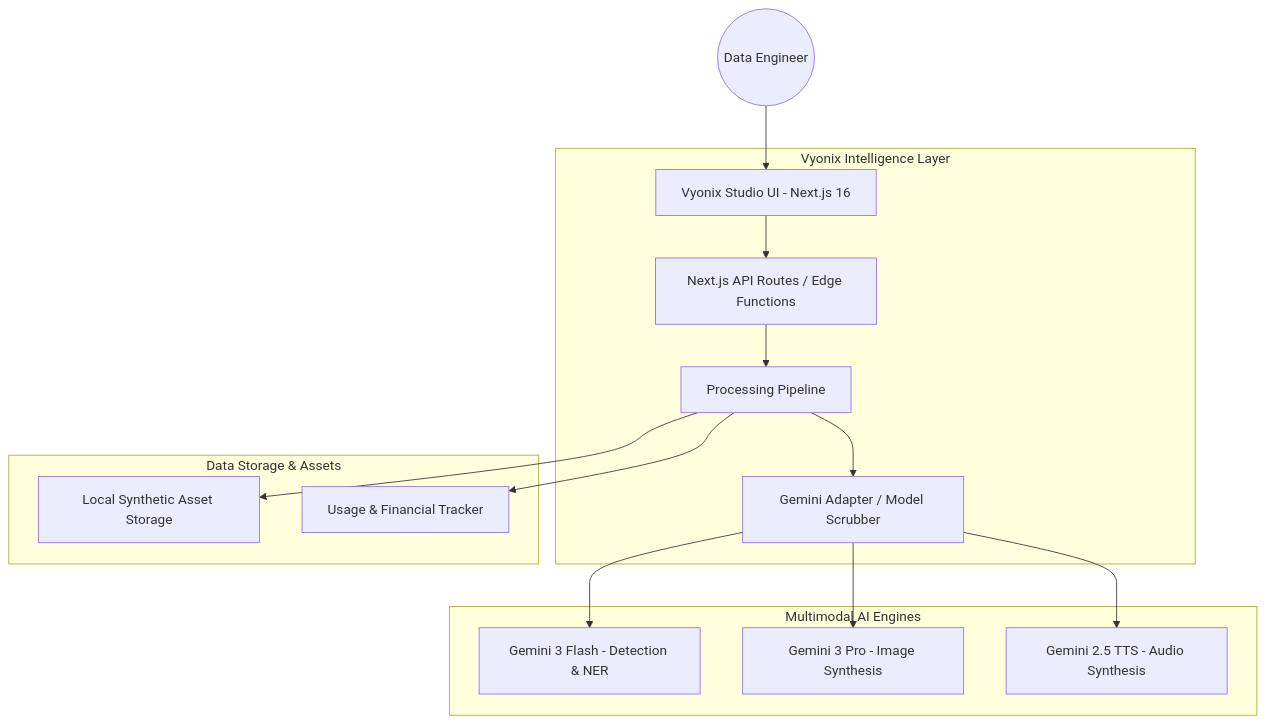
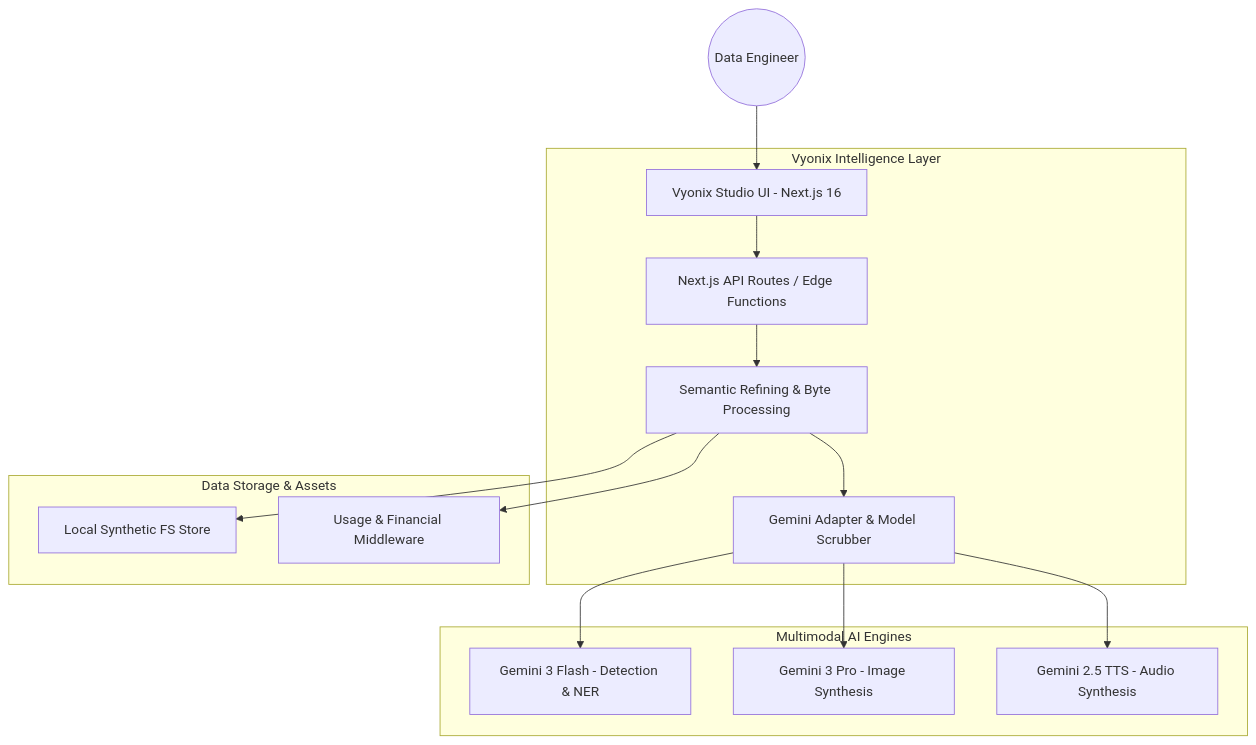
The diagram in ARCHITECTURE.md (inareshmatta/vyonix-ai-data-factory), drawn with Mermaid before and after one commit. The commit also changed other lines of this file and 3 other files, not shown here.

Commit message:
Docs Cleanup: Beautified all documentation and added Naresh Matta as Lead Architect

````diff
--- a/ARCHITECTURE.md
+++ b/ARCHITECTURE.md
@@ -9,21 +10,21 @@
 ```mermaid
 graph TD
-    User((Data Engineer)) --> Frontend[Vyonix Studio UI - Next.js 16]
+    User((Data Engineer)) --> Client[Vyonix Studio UI - Next.js 16]
     
     subgraph "Vyonix Intelligence Layer"
-        Frontend --> API[Next.js API Routes / Edge Functions]
-        API --> Logic[Processing Pipeline]
-        Logic --> GeminiGate[Gemini Adapter / Model Scrubber]
+        Client --> API[Next.js API Routes / Edge Functions]
+        API --> Logic[Semantic Refining & Byte Processing]
+        Logic --> GeminiGate[Gemini Adapter & Model Scrubber]
     end
 
     subgraph "Multimodal AI Engines"
         GeminiGate --> G3F[Gemini 3 Flash - Detection & NER]
         GeminiGate --> G3P[Gemini 3 Pro - Image Synthesis]
         GeminiGate --> G25TTS[Gemini 2.5 TTS - Audio Synthesis]
     end
 
     subgraph "Data Storage & Assets"
-        Logic --> FileSys[Local Synthetic Asset Storage]
-        Logic --> Usage[Usage & Financial Tracker]
+        Logic --> FileSys[Local Synthetic FS Store]
+        Logic --> Usage[Usage & Financial Middleware]
     end
 ```
````
